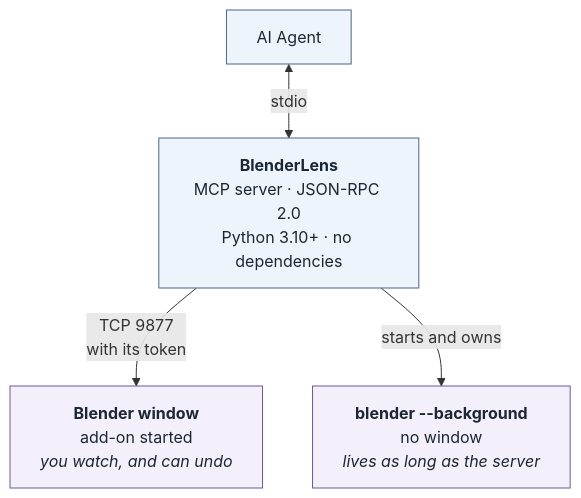
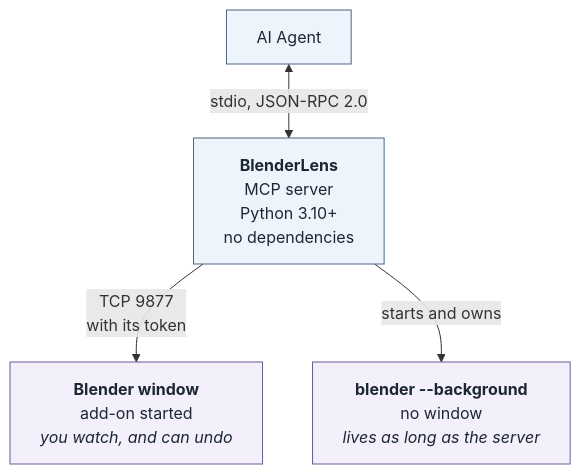
The second of 2 diagrams in README.md (pzalutski-pixel/blenderlens-mcp), drawn with Mermaid before and after one commit.

Commit message:
README: stop the architecture diagram's server box from wrapping mid-phrase

````diff
--- a/README.md
+++ b/README.md
@@ -307,18 +307,18 @@
 ```mermaid
 flowchart TD
     Agent["AI Agent"]
-    BL["<b>BlenderLens</b><br/>MCP server · JSON-RPC 2.0<br/>Python 3.10+ · no dependencies"]
+    BL["<b>BlenderLens</b><br/>MCP server<br/>Python 3.10+<br/>no dependencies"]
 
-    Agent <-- "stdio" --> BL
+    Agent <-- "stdio, JSON-RPC 2.0" --> BL
 
     BL -- "TCP 9877<br/>with its token" --> Window
     BL -- "starts and owns" --> Background
 
     Window["<b>Blender window</b><br/>add-on started<br/><i>you watch, and can undo</i>"]
     Background["<b>blender --background</b><br/>no window<br/><i>lives as long as the server</i>"]
 
     classDef svc fill:#eef4fb,stroke:#4a6785,stroke-width:1px,color:#1b2733;
     classDef blender fill:#f3f0fb,stroke:#6b5b95,stroke-width:1px,color:#1b2733;
     class Agent,BL svc;
     class Window,Background blender;
 ```
````
